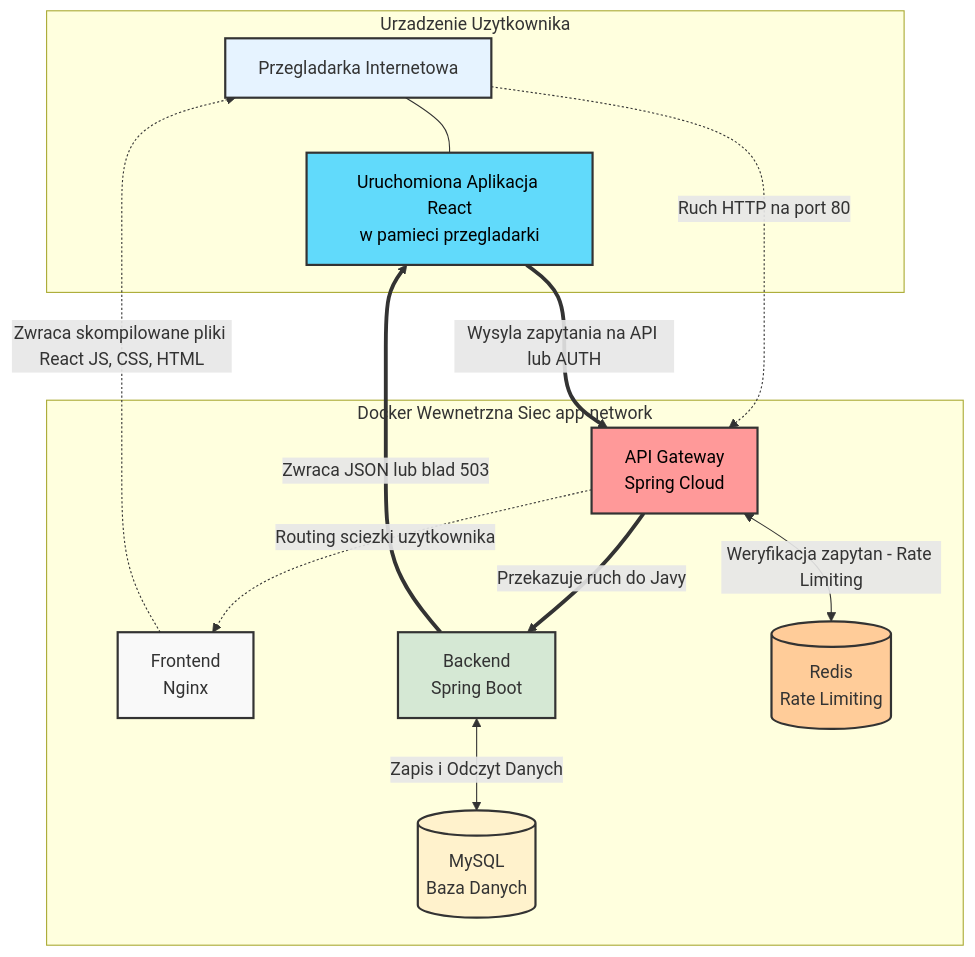
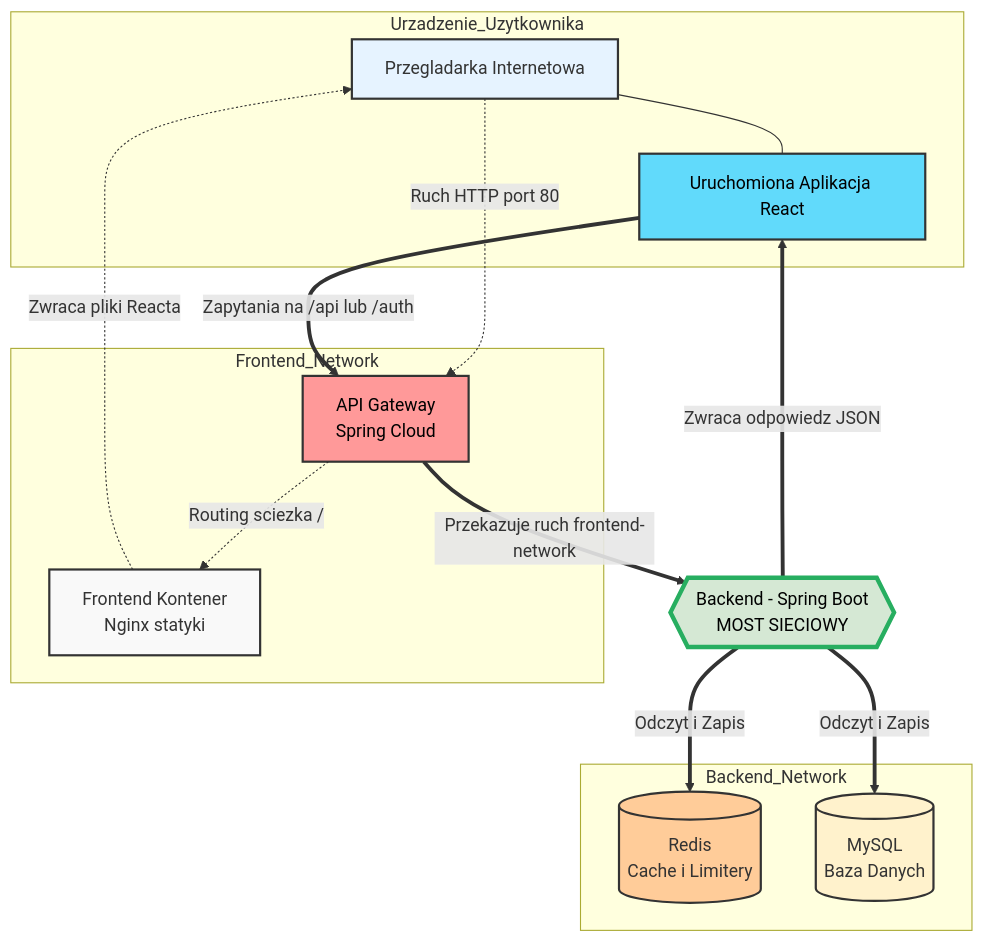
The diagram in README.md (pitaodkebaba/SpringHibernate), drawn with Mermaid before and after one commit. The commit also changed 1 other file, not shown here.

Commit message:
Refactor architecture diagrams in README.md and update docker-compose.yml to improve service dependencies and split architecture into networks

````diff
--- a/README.md
+++ b/README.md
@@ -13,43 +13,53 @@
 ```mermaid
 graph TD
     %% Sekcja Klienta
-    subgraph Zewnatrz [Urzadzenie Uzytkownika]
+    subgraph Urzadzenie_Uzytkownika
         Client[Przegladarka Internetowa]
-        ReactApp[Uruchomiona Aplikacja React<br/>w pamieci przegladarki]
+        ReactApp[Uruchomiona Aplikacja React]
         Client --- ReactApp
     end
   
-    %% Sekcja Serwera (Wewnetrzna Siec)
-    subgraph Wewnatrz [Docker Wewnetrzna Siec app-network]
-        Gateway[API Gateway<br/>Spring Cloud]
-        Frontend[Frontend<br/>Nginx]
-        Backend[Backend<br/>Spring Boot]
-        Redis[(Redis<br/>Rate Limiting)]
-        MySQL[(MySQL<br/>Baza Danych)]
+    %% Sekcja Serwera - Siec Zewnetrzna
+    subgraph Frontend_Network
+        Gateway[API Gateway <br/> Spring Cloud]
+        Frontend[Frontend Kontener <br/> Nginx statyki]
     end
 
-    %% Punkt wejscia
-    Client -.->|Ruch HTTP na port 80| Gateway
+    %% BACKEND - MOST MIEDZY SIECIAMI
+    Backend{{Backend - Spring Boot <br/> MOST SIECIOWY}}
 
-    %% PRZEPLYW 1: POBIERANIE STRONY
-    Gateway -.->|Routing sciezki uzytkownika| Frontend
-    Frontend -.->|Zwraca skompilowane pliki React JS, CSS, HTML| Client
+    %% Sekcja Serwera - Siec Prywatna
+    subgraph Backend_Network
+        Redis[(Redis <br/> Cache i Limitery)]
+        MySQL[(MySQL <br/> Baza Danych)]
+    end
 
-    %% PRZEPLYW 2: KOMUNIKACJA Z API I LOGOWANIEM
-    ReactApp ==>|Wysyla zapytania na API lub AUTH| Gateway
-    Gateway <-->|Weryfikacja zapytan - Rate Limiting| Redis
-    Gateway ==>|Przekazuje ruch do Javy| Backend
-    Backend ==>|Zwraca JSON lub blad 503| ReactApp
+    %% PRZEPLYW RUCHU
+    Client -.->|Ruch HTTP port 80| Gateway
 
-    %% Backend Logika
-    Backend <-->|Zapis i Odczyt Danych| MySQL
+    %% Frontend routing
+    Gateway -.->|Routing sciezka /| Frontend
+    Frontend -.->|Zwraca pliki Reacta| Client
 
-    %% Kolory i style
+    %% API routing
+    ReactApp ==>|Zapytania na /api lub /auth| Gateway
+    Gateway ==>|Przekazuje ruch frontend-network| Backend
+    
+    %% Logika Backendu
+    Backend ==>|Odczyt i Zapis| Redis
+    Backend ==>|Odczyt i Zapis| MySQL
+    
+    Backend ==>|Zwraca odpowiedz JSON| ReactApp
+
+    %% Kolory i style blokow
     style Client fill:#e6f3ff,stroke:#333,stroke-width:2px
     style ReactApp fill:#61dafb,stroke:#333,stroke-width:2px,color:#000
     style Gateway fill:#ff9999,stroke:#333,stroke-width:2px,color:#000
     style Frontend fill:#f9f9f9,stroke:#333,stroke-width:2px
-    style Backend fill:#d5e8d4,stroke:#333,stroke-width:2px
+    
+    %% Wyroznienie Backendu jako mostu
+    style Backend fill:#d5e8d4,stroke:#27ae60,stroke-width:4px,color:#000
+    
     style Redis fill:#ffcc99,stroke:#333,stroke-width:2px
     style MySQL fill:#fff2cc,stroke:#333,stroke-width:2px
 ```
````
